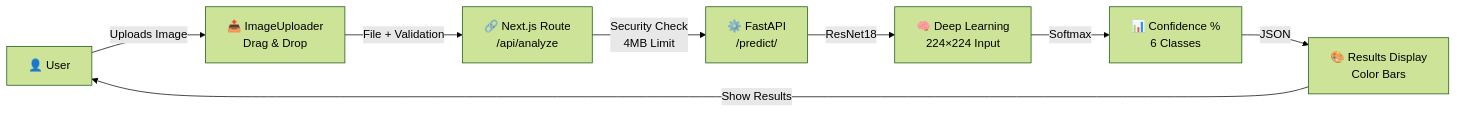
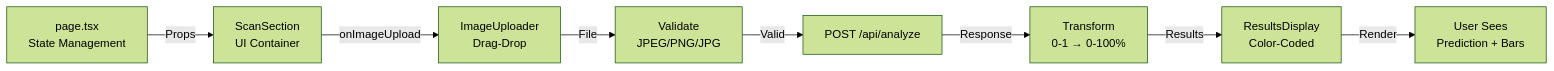
One commit to itssmdsh/MediScan changed the second of 7 diagrams in DOCUMENTATION.md. Above: the diagram before and after it, drawn with Mermaid (forest theme). The commit also changed other lines of this file, not shown here.

````diff
--- a/DOCUMENTATION.md
+++ b/DOCUMENTATION.md
@@ -20,10 +73,10 @@
 ```mermaid
 graph LR
-    User["👤 User"] -->|Uploads Image| Upload["📤 ImageUploader<br/>Drag & Drop"]
-    Upload -->|File + Validation| API["🔗 Next.js Route<br/>/api/analyze"]
-    API -->|Security Check<br/>4MB Limit| ML["⚙️ FastAPI<br/>/predict/"]
-    ML -->|ResNet18| Model["🧠 Deep Learning<br/>224×224 Input"]
-    Model -->|Softmax| Results["📊 Confidence %<br/>6 Classes"]
-    Results -->|JSON| Display["🎨 Results Display<br/>Color Bars"]
-    Display -->|Show Results| User
+    Page["page.tsx<br/>State Management"] -->|Props| ScanSection["ScanSection<br/>UI Container"]
+    ScanSection -->|onImageUpload| Uploader["ImageUploader<br/>Drag-Drop"]
+    Uploader -->|File| Validation["Validate<br/>JPEG/PNG/JPG"]
+    Validation -->|Valid| API["POST /api/analyze"]
+    API -->|Response| Transform["Transform<br/>0-1 → 0-100%"]
+    Transform -->|Results| Display["ResultsDisplay<br/>Color-Coded"]
+    Display -->|Render| Browser["User Sees<br/>Prediction + Bars"]
 ```
````
